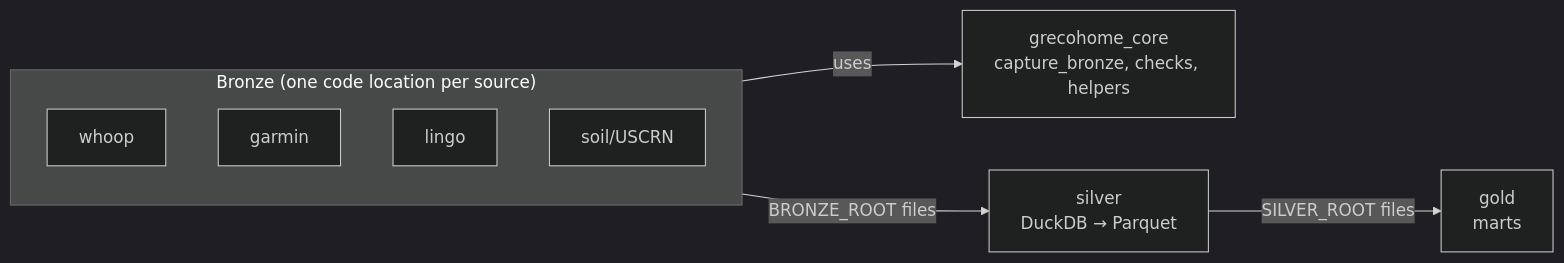
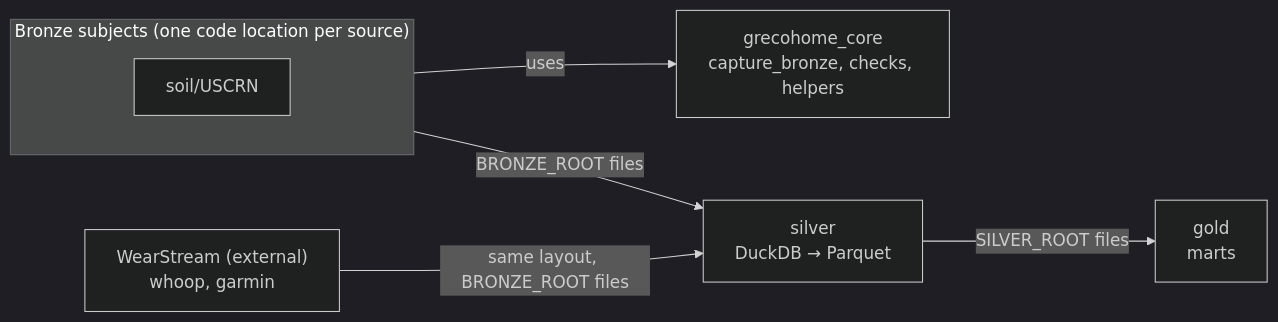
Before and after one commit to tgrecojr/grecohome-dagster: the diagram in docs/high-level-design.md, drawn with Mermaid (dark theme). The commit also changed other lines of this file and 145 other files, not shown here.

First line of the commit message:
feat: retire the Whoop, Garmin and Lingo bronze subjects (#242)

````diff
--- a/docs/high-level-design.md
+++ b/docs/high-level-design.md
@@ -61,10 +63,12 @@
 ```mermaid
 flowchart LR
-  subgraph Bronze["Bronze (one code location per source)"]
-    W[whoop] & G[garmin] & L[lingo] & S[soil/USCRN]
+  subgraph Bronze["Bronze subjects (one code location per source)"]
+    S[soil/USCRN]
   end
+  WS["WearStream (external)<br/>whoop, garmin"]
   Core[grecohome_core<br/>capture_bronze, checks, helpers]
   Bronze -- uses --> Core
   Bronze -- BRONZE_ROOT files --> Silver[silver<br/>DuckDB → Parquet]
+  WS -- same layout, BRONZE_ROOT files --> Silver
   Silver -- SILVER_ROOT files --> Gold[gold<br/>marts]
 ```
````
